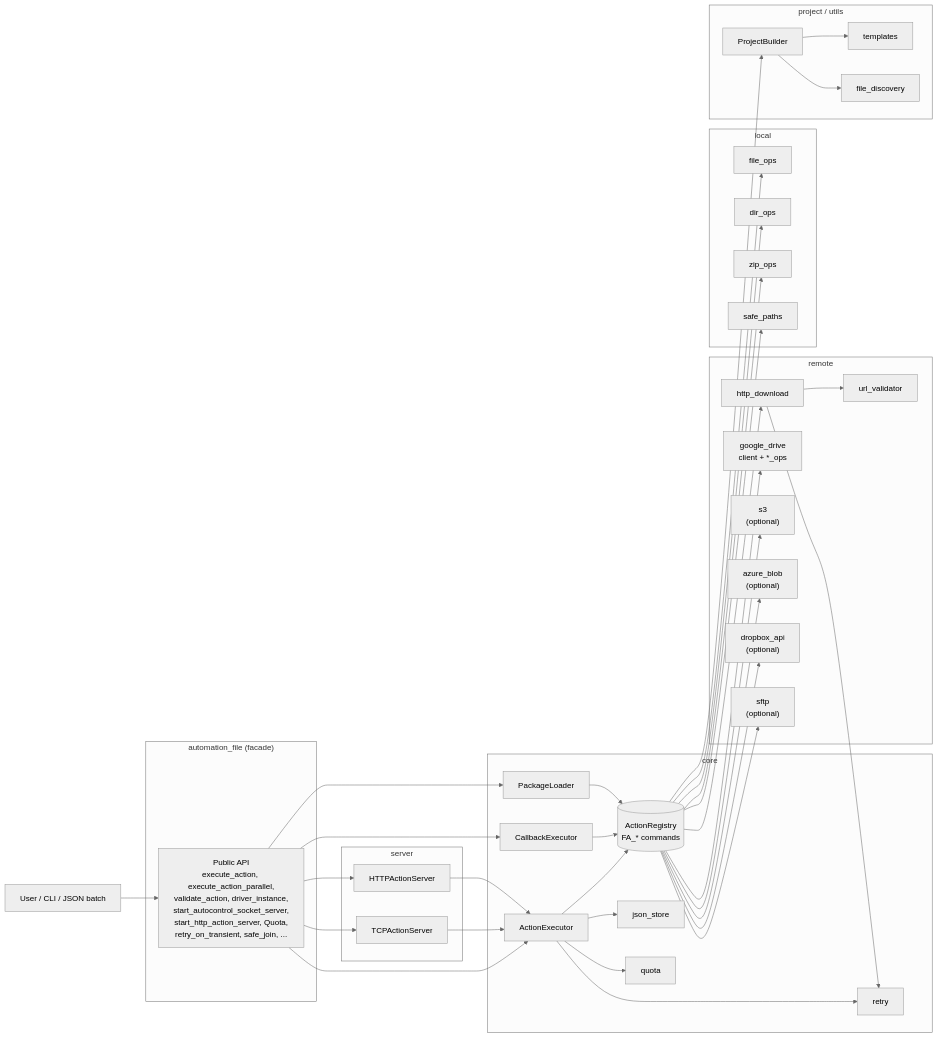
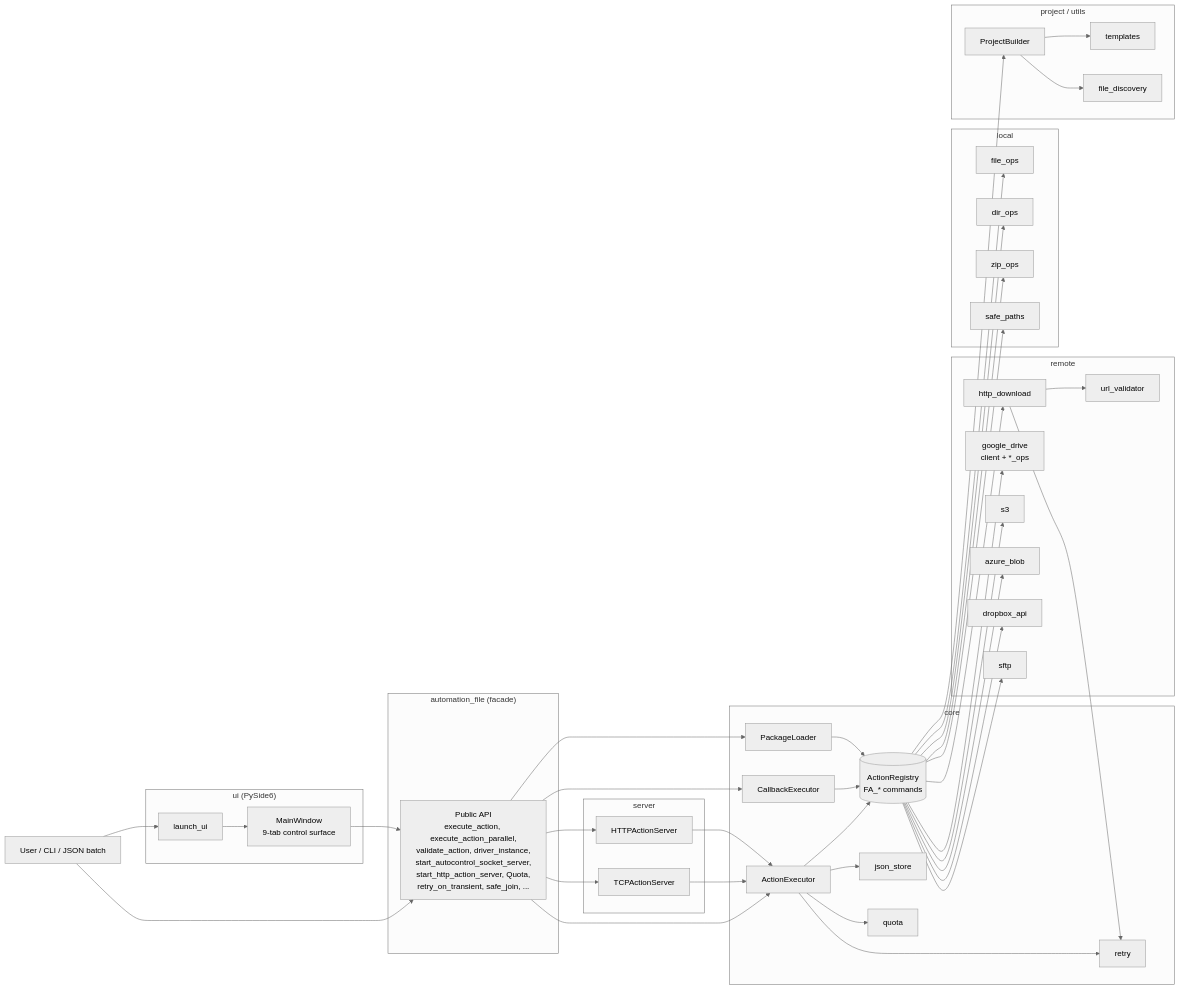
Before and after one commit to Integration-Automation/FileAutomation: the diagram in README.md, drawn with Mermaid (neutral theme). The commit also changed other lines of this file and 103 other files, not shown here.

First line of the commit message:
Promote cloud/SFTP backends and ship PySide6 GUI

```diff
--- a/README.md
+++ b/README.md
@@ -47,15 +49,20 @@
         UrlVal[url_validator]
         Http[http_download]
         Drive["google_drive<br/>client + *_ops"]
-        S3["s3<br/>(optional)"]
-        Azure["azure_blob<br/>(optional)"]
-        Dropbox["dropbox_api<br/>(optional)"]
-        SFTP["sftp<br/>(optional)"]
+        S3["s3"]
+        Azure["azure_blob"]
+        Dropbox["dropbox_api"]
+        SFTP["sftp"]
     end
 
     subgraph Server["server"]
         TCP[TCPActionServer]
         HTTP[HTTPActionServer]
+    end
+
+    subgraph UI["ui (PySide6)"]
+        Launcher[launch_ui]
+        MainWindow["MainWindow<br/>9-tab control surface"]
     end
 
     subgraph Project["project / utils"]
@@ -65,6 +72,9 @@
     end
 
     User --> Public
+    User --> Launcher
+    Launcher --> MainWindow
+    MainWindow --> Public
     Public --> Executor
     Public --> Callback
     Public --> Loader
```
